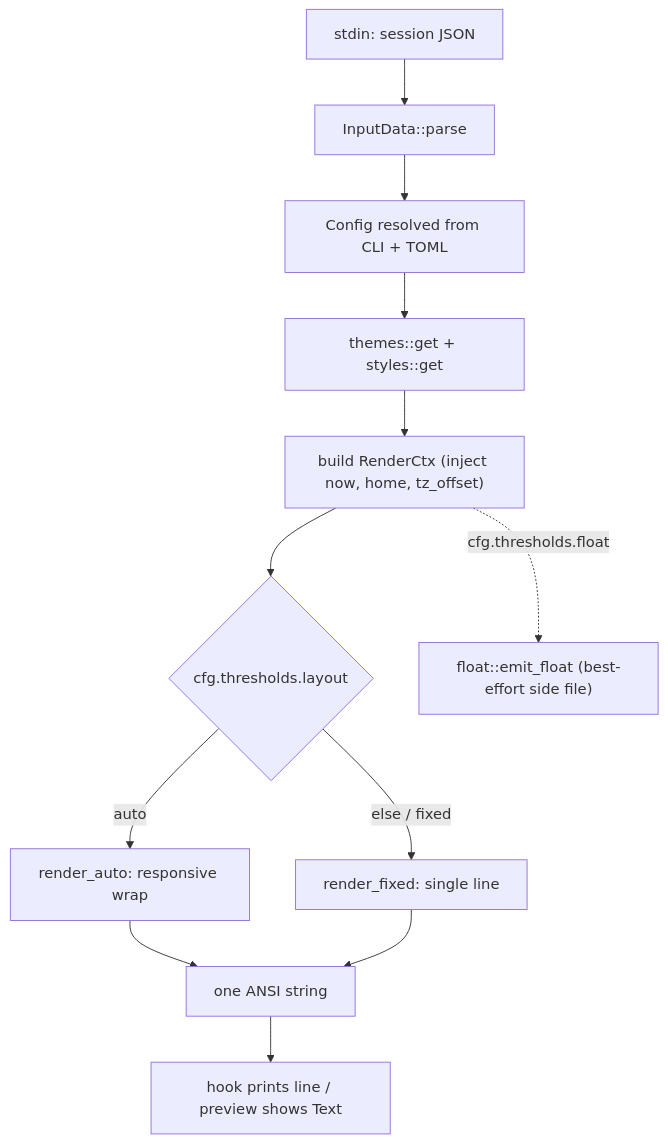
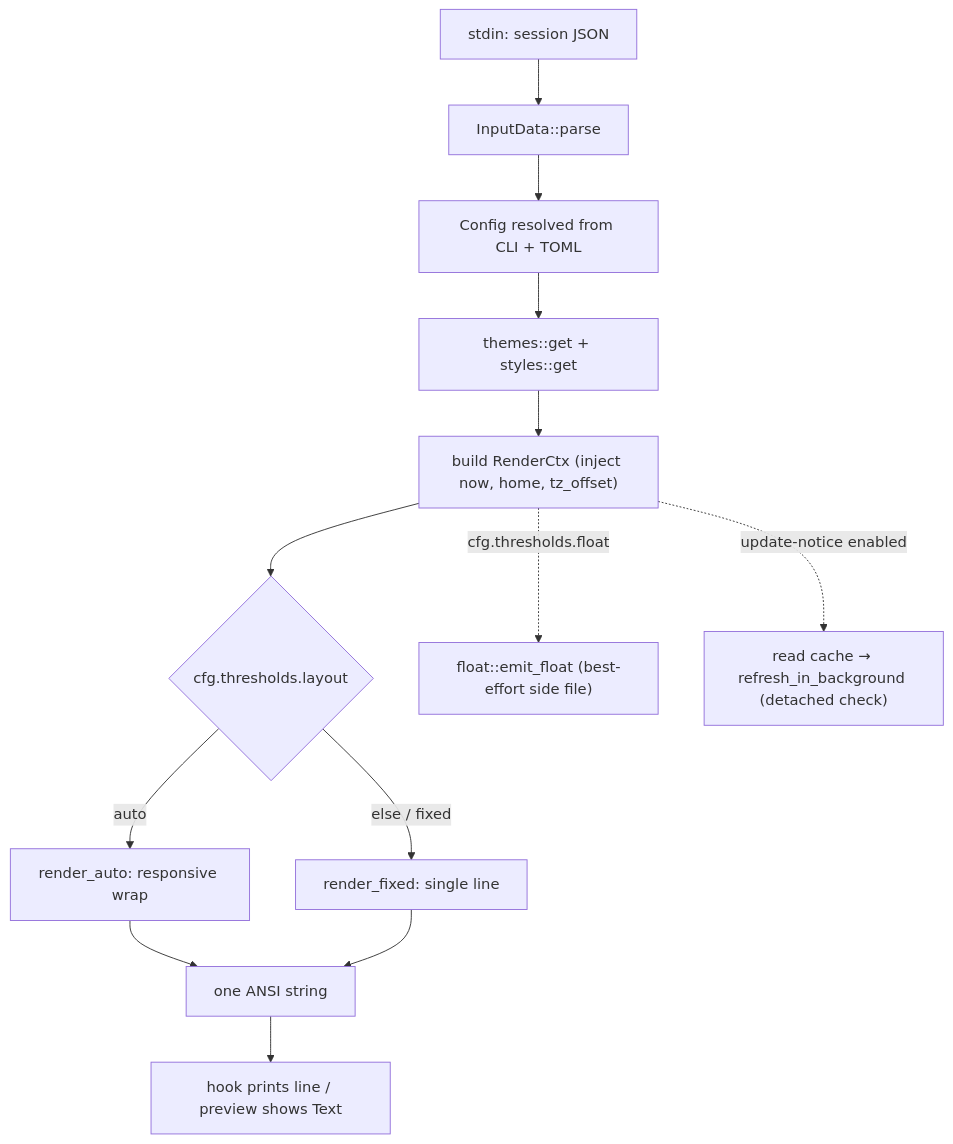
The diagram in openwiki/architecture/render-pipeline.md (micschr0/claudebar), drawn with Mermaid before and after one commit. The commit also changed other lines of this file and 38 other files, not shown here.

````diff
--- a/openwiki/architecture/render-pipeline.md
+++ b/openwiki/architecture/render-pipeline.md
@@ -53,14 +57,15 @@
 ```mermaid
 flowchart TD
   A["stdin: session JSON"] --> B["InputData::parse"]
   B --> C["Config resolved from CLI + TOML"]
   C --> D["themes::get + styles::get"]
   D --> E["build RenderCtx (inject now, home, tz_offset)"]
   E --> F{"cfg.thresholds.layout"}
   F -- "auto" --> G["render_auto: responsive wrap"]
   F -- "else / fixed" --> H["render_fixed: single line"]
   G --> I["one ANSI string"]
   H --> I
   I --> J["hook prints line / preview shows Text"]
   E -. "cfg.thresholds.float" .-> K["float::emit_float (best-effort side file)"]
+  E -. "update-notice enabled" .-> L["read cache → refresh_in_background (detached check)"]
 ```
````
